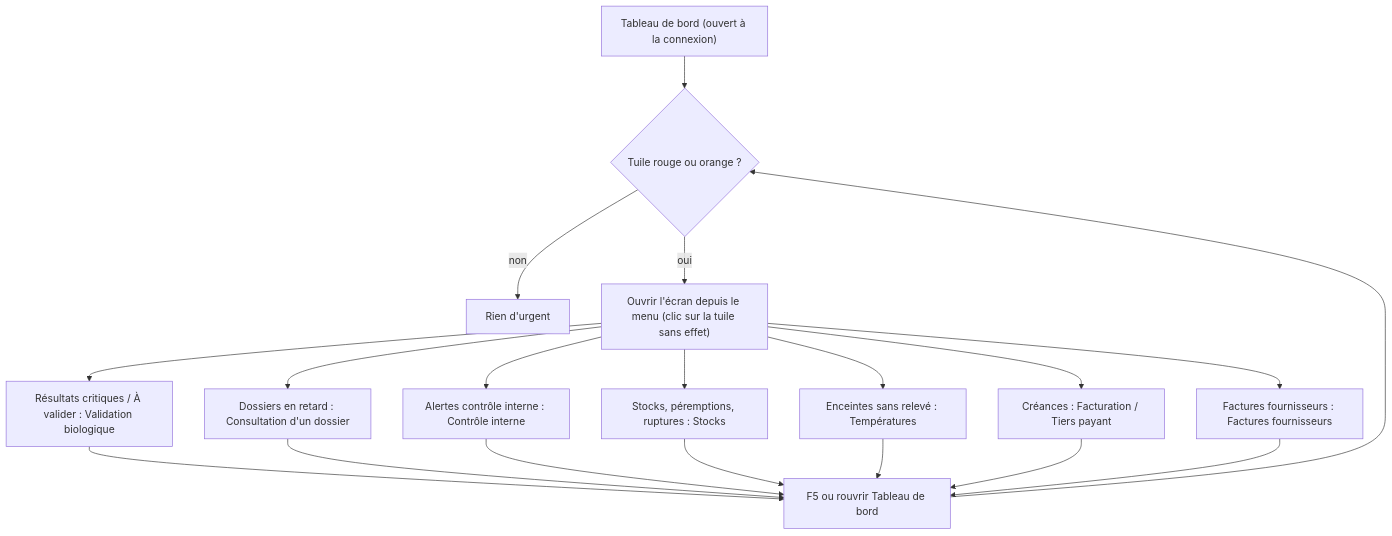
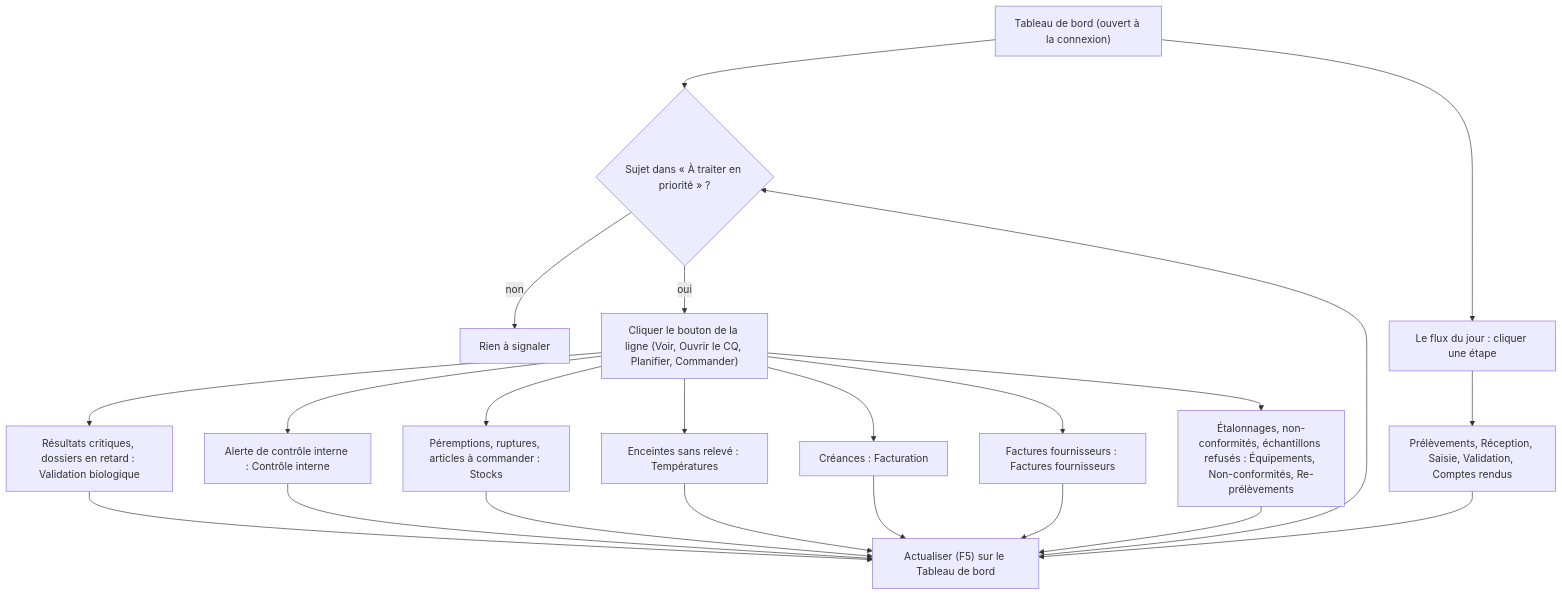
One commit to J4dJad/MarocLis changed the seventh of 7 diagrams in docs/manuel/00-prise-en-main.md. Above: the diagram before and after it, drawn with Mermaid. The commit also changed other lines of this file and 5 other files, not shown here.

First line of the commit message:
Manuel : mise à jour des chapitres Prise en main, Accueil / Enregistrement et Facturation (lot m1)

````diff
--- a/docs/manuel/00-prise-en-main.md
+++ b/docs/manuel/00-prise-en-main.md
@@ -305,15 +396,17 @@
 ```mermaid
 flowchart TD
-    A["Tableau de bord (ouvert à la connexion)"] --> B{"Tuile rouge ou orange ?"}
-    B -- non --> Z["Rien d'urgent"]
-    B -- oui --> C["Ouvrir l'écran depuis le menu (clic sur la tuile sans effet)"]
-    C --> C1["Résultats critiques / À valider : Validation biologique"]
-    C --> C2["Dossiers en retard : Consultation d'un dossier"]
-    C --> C3["Alertes contrôle interne : Contrôle interne"]
-    C --> C4["Stocks, péremptions, ruptures : Stocks"]
+    A["Tableau de bord (ouvert à la connexion)"] --> B{"Sujet dans « À traiter en priorité » ?"}
+    B -- non --> Z["Rien à signaler"]
+    B -- oui --> C["Cliquer le bouton de la ligne (Voir, Ouvrir le CQ, Planifier, Commander)"]
+    C --> C1["Résultats critiques, dossiers en retard : Validation biologique"]
+    C --> C3["Alerte de contrôle interne : Contrôle interne"]
+    C --> C4["Péremptions, ruptures, articles à commander : Stocks"]
     C --> C5["Enceintes sans relevé : Températures"]
-    C --> C6["Créances : Facturation / Tiers payant"]
+    C --> C6["Créances : Facturation"]
     C --> C7["Factures fournisseurs : Factures fournisseurs"]
-    C1 & C2 & C3 & C4 & C5 & C6 & C7 --> D["F5 ou rouvrir Tableau de bord"]
+    C --> C8["Étalonnages, non-conformités, échantillons refusés : Équipements, Non-conformités, Re-prélèvements"]
+    A --> F["Le flux du jour : cliquer une étape"]
+    F --> F1["Prélèvements, Réception, Saisie, Validation, Comptes rendus"]
+    C1 & C3 & C4 & C5 & C6 & C7 & C8 & F1 --> D["Actualiser (F5) sur le Tableau de bord"]
     D --> B
 ```
````
